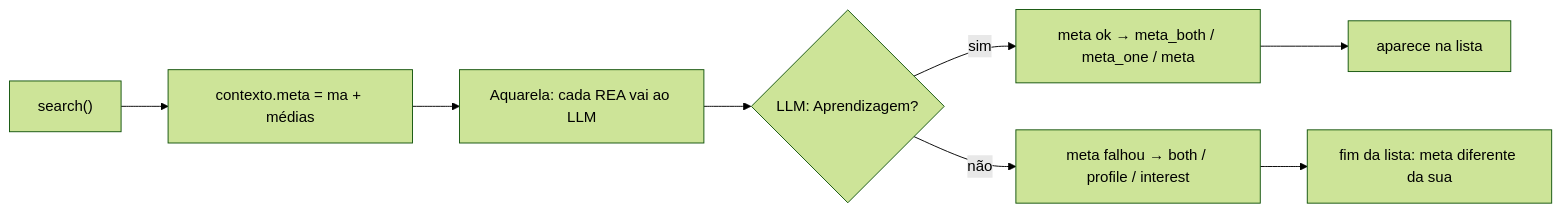
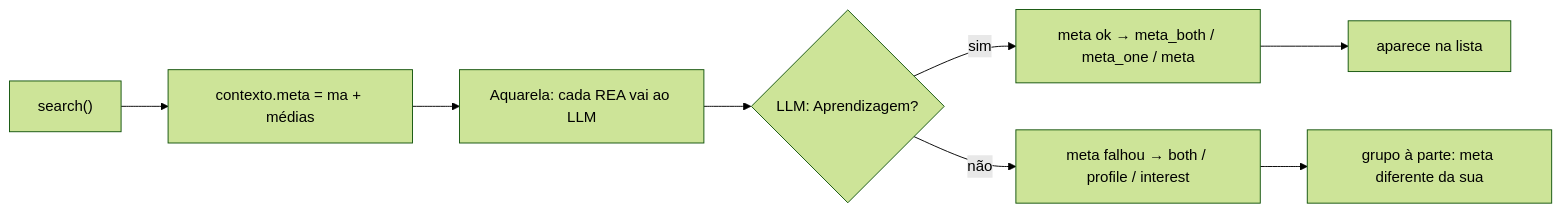
One commit to razimbrao/sis-read changed diagram 24 of 25 in docs/fluxos-transparencia.md. Above: the diagram before and after it, drawn with Mermaid (forest theme). The commit also changed other lines of this file and 16 other files, not shown here.

````diff
--- a/docs/fluxos-transparencia.md
+++ b/docs/fluxos-transparencia.md
@@ -732,10 +734,10 @@
 ```mermaid
 flowchart LR
     A["search()"] --> B["contexto.meta = ma + médias"]
     B --> C["Aquarela: cada REA vai ao LLM"]
     C --> D{"LLM: Aprendizagem?"}
     D -- sim --> E["meta ok → meta_both / meta_one / meta"]
     D -- não --> F["meta falhou → both / profile / interest"]
     E --> G["aparece na lista"]
-    F --> H["fim da lista: meta diferente da sua"]
+    F --> H["grupo à parte: meta diferente da sua"]
 ```
````
